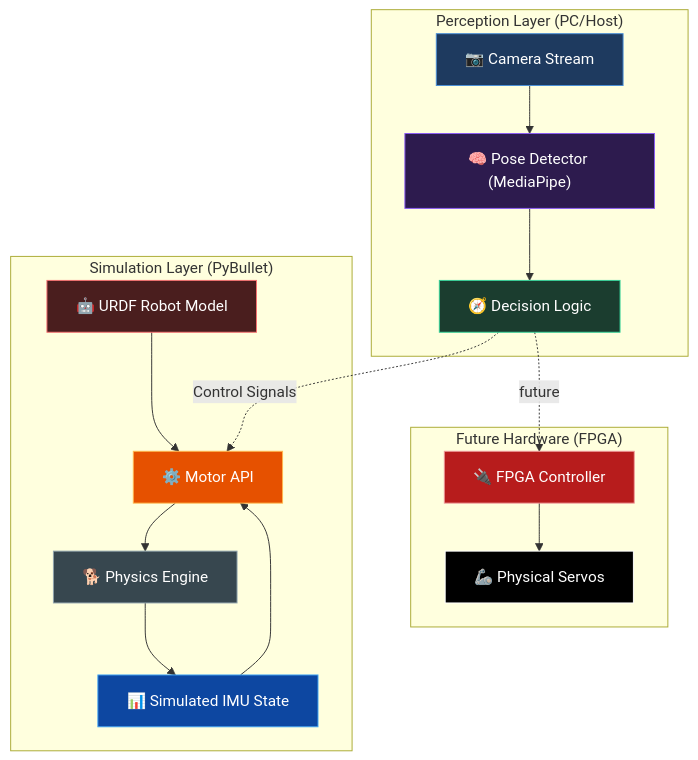
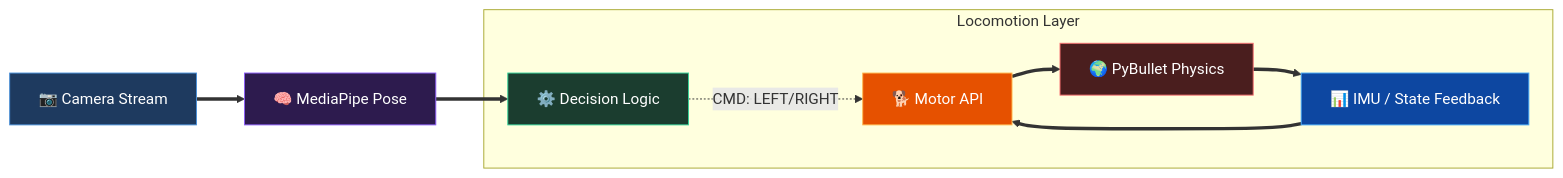
Before and after one commit to Major-Project-001/VIGIL-RQ: the second of 2 diagrams in README.md, drawn with Mermaid. The commit also changed other lines of this file, not shown here.

Commit message:
docs: Expand technical details and switch to stable Mermaid graph for roadmap

````diff
--- a/README.md
+++ b/README.md
@@ -60,31 +79,19 @@
 ```mermaid
-flowchart TD
-    subgraph "Perception Layer (PC/Host)"
-        A["📷 Camera Stream"] --> B["🧠 Pose Detector (MediaPipe)"]
-        B --> C["🧭 Decision Logic"]
+flowchart LR
+    A["📷 Camera Stream"] ==> B["🧠 MediaPipe Pose"]
+    B ==> C["⚙️ Decision Logic"]
+
+    subgraph "Locomotion Layer"
+        C -.->|"CMD: LEFT/RIGHT"| D["🐕 Motor API"]
+        D ==> E["🌍 PyBullet Physics"]
+        E ==> F["📊 IMU / State Feedback"]
+        F ==> D
     end
-
-    subgraph "Simulation Layer (PyBullet)"
-        D["🤖 URDF Robot Model"] --> E["⚙️ Motor API"]
-        E --> F["🐕 Physics Engine"]
-        F --> G["📊 Simulated IMU State"]
-        G --> E
-    end
-
-    subgraph "Future Hardware (FPGA)"
-        H["🔌 FPGA Controller"] --> I["🦾 Physical Servos"]
-    end
-
-    C -.->|"Control Signals"| E
-    C -.->|"future"| H
 
     style A fill:#1e3a5f,stroke:#4a90d9,color:#fff
     style B fill:#2d1b4e,stroke:#8b5cf6,color:#fff
     style C fill:#1b3d2f,stroke:#34d399,color:#fff
-    style D fill:#4a1e1e,stroke:#f87171,color:#fff
-    style E fill:#e65100,stroke:#ffb74d,color:#fff
-    style F fill:#37474f,stroke:#90a4ae,color:#fff
-    style G fill:#0d47a1,stroke:#42a5f5,color:#fff
-    style H fill:#b71c1c,stroke:#ef9a9a,color:#fff
-    style I fill:#000000,stroke:#ffffff,color:#fff
+    style D fill:#e65100,stroke:#ffb74d,color:#fff
+    style E fill:#4a1e1e,stroke:#f87171,color:#fff
+    style F fill:#0d47a1,stroke:#42a5f5,color:#fff
 ```
````
